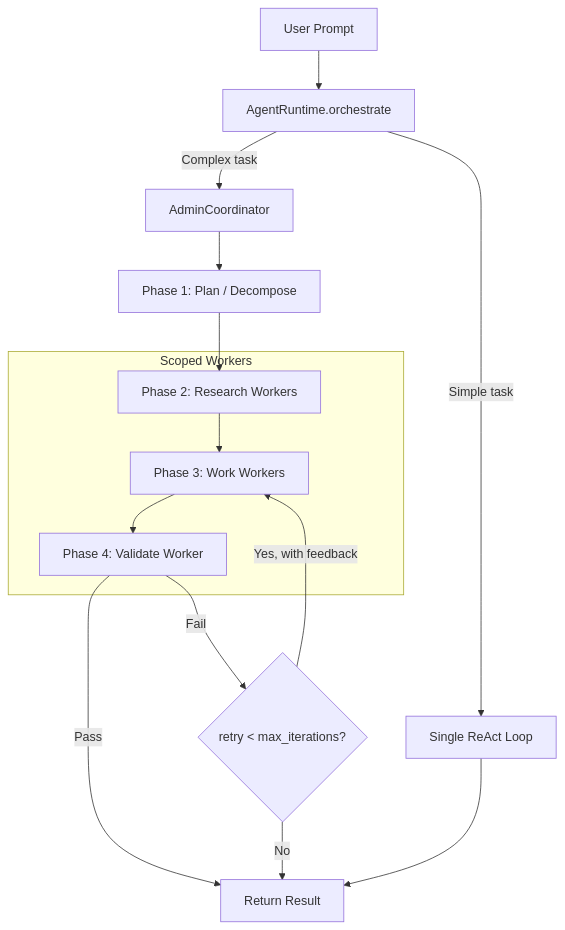
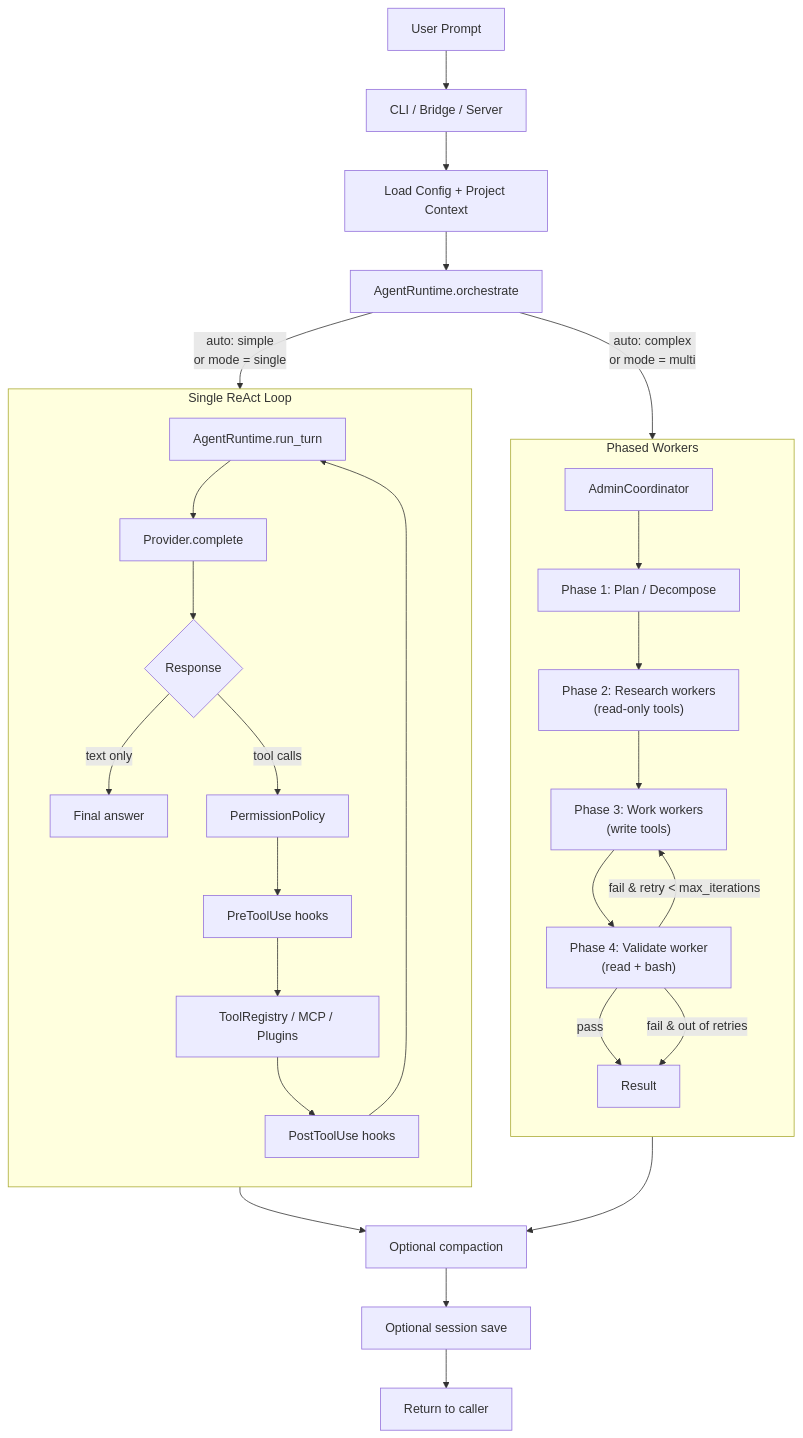
Before and after one commit to yutsang/yucode: the diagram in README.md, drawn with Mermaid. The commit also changed other lines of this file, not shown here.

Commit message:
Rewrite README around methodology with a unified orchestration chart.

````diff
--- a/README.md
+++ b/README.md
@@ -87,21 +30,37 @@
 ```mermaid
 flowchart TD
-    User["User Prompt"] --> Orchestrate["AgentRuntime.orchestrate"]
-    Orchestrate -->|"Simple task"| SingleLoop["Single ReAct Loop"]
-    Orchestrate -->|"Complex task"| Admin["AdminCoordinator"]
-    Admin --> Plan["Phase 1: Plan / Decompose"]
-    Plan --> Research["Phase 2: Research Workers"]
-    Research --> Work["Phase 3: Work Workers"]
-    Work --> Validate["Phase 4: Validate Worker"]
-    Validate -->|"Pass"| Final["Return Result"]
-    Validate -->|"Fail"| Retry{"retry < max_iterations?"}
-    Retry -->|"Yes, with feedback"| Work
-    Retry -->|"No"| Final
-    SingleLoop --> Final
+    User["User Prompt"] --> CLI["CLI / Bridge / Server"]
+    CLI --> Config["Load Config + Project Context"]
+    Config --> Orchestrate["AgentRuntime.orchestrate"]
+    Orchestrate -->|"auto: simple<br/>or mode = single"| SingleLoop
 
-    subgraph workerPool ["Scoped Workers"]
-        Research
-        Work
-        Validate
+    subgraph SingleLoop ["Single ReAct Loop"]
+        direction TB
+        S1["AgentRuntime.run_turn"] --> S2["Provider.complete"]
+        S2 --> S3{"Response"}
+        S3 -->|"text only"| S4["Final answer"]
+        S3 -->|"tool calls"| S5["PermissionPolicy"]
+        S5 --> S6["PreToolUse hooks"]
+        S6 --> S7["ToolRegistry / MCP / Plugins"]
+        S7 --> S8["PostToolUse hooks"]
+        S8 --> S1
     end
+
+    Orchestrate -->|"auto: complex<br/>or mode = multi"| Admin["AdminCoordinator"]
+
+    subgraph MultiPhase ["Phased Workers"]
+        direction TB
+        Admin --> Plan["Phase 1: Plan / Decompose"]
+        Plan --> Research["Phase 2: Research workers<br/>(read-only tools)"]
+        Research --> Work["Phase 3: Work workers<br/>(write tools)"]
+        Work --> Validate["Phase 4: Validate worker<br/>(read + bash)"]
+        Validate -->|"pass"| Done["Result"]
+        Validate -->|"fail & retry < max_iterations"| Work
+        Validate -->|"fail & out of retries"| Done
+    end
+
+    SingleLoop --> Compact["Optional compaction"]
+    MultiPhase --> Compact
+    Compact --> Save["Optional session save"]
+    Save --> Out["Return to caller"]
 ```
````
